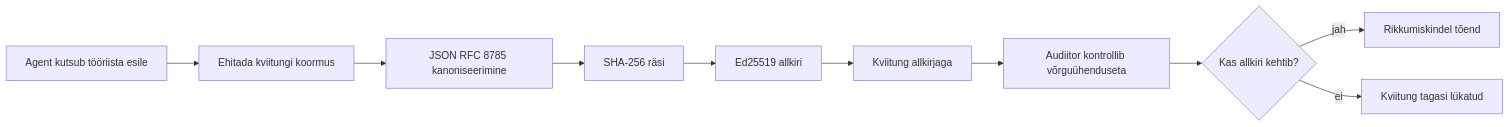
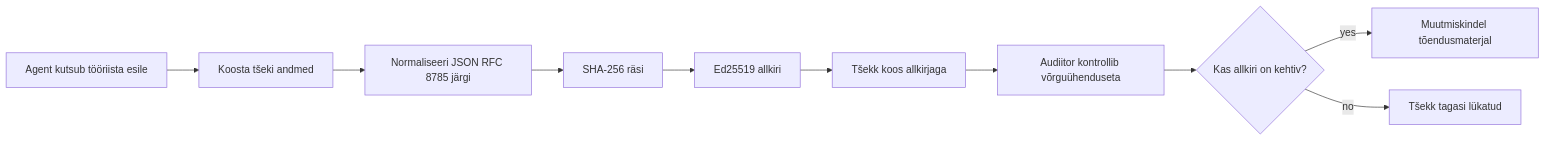
Before and after one commit to gabrielmoreira/agent-skills-mirror: the first of 2 diagrams in mirrors/repos/microsoft@ai-agents-for-beginners/translations/et/18-securing-ai-agents/README.md, drawn with Mermaid. The commit also changed other lines of this file and 4482 other files, not shown here.

````diff
--- a/mirrors/repos/microsoft@ai-agents-for-beginners/translations/et/18-securing-ai-agents/README.md
+++ b/mirrors/repos/microsoft@ai-agents-for-beginners/translations/et/18-securing-ai-agents/README.md
@@ -51,12 +51,12 @@
 ```mermaid
 flowchart LR
-    A[Agent kutsub tööriista esile] --> B[Ehitada kviitungi koormus]
-    B --> C[JSON RFC 8785 kanoniseerimine]
+    A[Agent kutsub tööriista esile] --> B[Koosta tšeki andmed]
+    B --> C[Normaliseeri JSON RFC 8785 järgi]
     C --> D[SHA-256 räsi]
     D --> E[Ed25519 allkiri]
-    E --> F[Kviitung allkirjaga]
+    E --> F[Tšekk koos allkirjaga]
     F --> G[Audiitor kontrollib võrguühenduseta]
-    G --> H{Kas allkiri kehtib?}
-    H -- jah --> I[Rikkumiskindel tõend]
-    H -- ei --> J[Kviitung tagasi lükatud]
+    G --> H{Kas allkiri on kehtiv?}
+    H -- yes --> I[Muutmiskindel tõendusmaterjal]
+    H -- no --> J[Tšekk tagasi lükatud]
 ```
````
